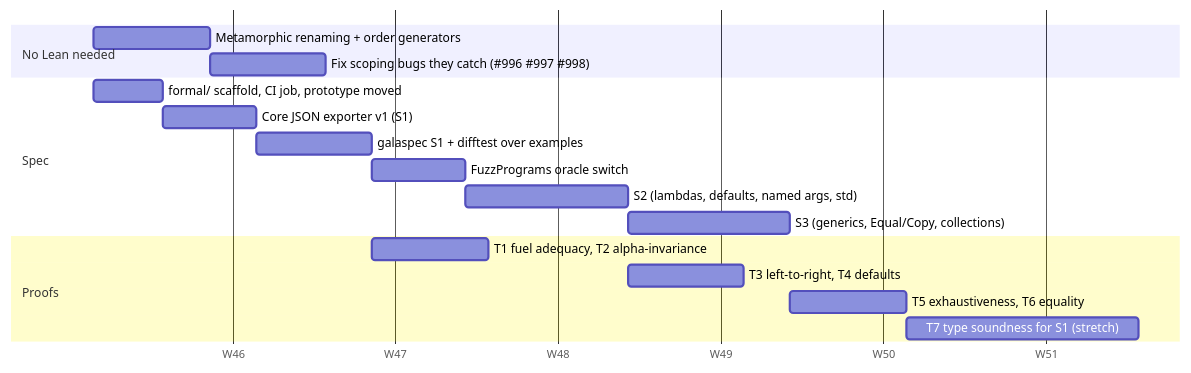
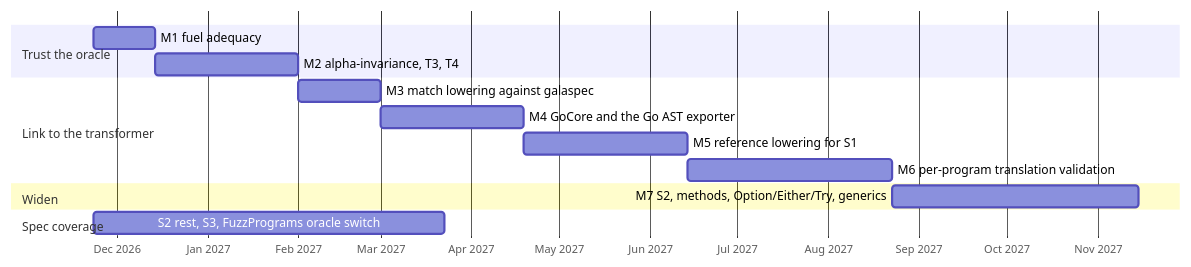
The sixth of 6 diagrams in docs/FORMAL_SEMANTICS.MD (martianoff/gala), drawn with Mermaid before and after one commit. The commit also changed other lines of this file and 3 other files, not shown here.

First line of the commit message:
docs: milestone roadmap toward an end-to-end proof of the transpiler (#1115)

````diff
--- a/docs/FORMAL_SEMANTICS.MD
+++ b/docs/FORMAL_SEMANTICS.MD
@@ -409,20 +620,17 @@
 ```mermaid
 gantt
     dateFormat  YYYY-MM-DD
-    axisFormat  W%W
-    section No Lean needed
-    Metamorphic renaming + order generators   :m1, 2026-11-16, 5d
-    Fix scoping bugs they catch (#996 #997 #998) :m2, after m1, 5d
-    section Spec
-    formal/ scaffold, CI job, prototype moved  :s0, 2026-11-16, 3d
-    Core JSON exporter v1 (S1)                 :s1, after s0, 4d
-    galaspec S1 + difftest over examples       :s2, after s1, 5d
-    FuzzPrograms oracle switch                 :s3, after s2, 4d
-    S2 (lambdas, defaults, named args, std)    :s4, after s3, 7d
-    S3 (generics, Equal/Copy, collections)     :s5, after s4, 7d
-    section Proofs
-    T1 fuel adequacy, T2 alpha-invariance      :p1, after s2, 5d
-    T3 left-to-right, T4 defaults              :p2, after s4, 5d
-    T5 exhaustiveness, T6 equality             :p3, after s5, 5d
-    T7 type soundness for S1 (stretch)         :p4, after p3, 10d
+    axisFormat  %b %Y
+    section Trust the oracle
+    M1 fuel adequacy                         :m1, 2026-11-23, 21d
+    M2 alpha-invariance, T3, T4              :m2, after m1, 49d
+    section Link to the transformer
+    M3 match lowering against galaspec       :m3, after m2, 28d
+    M4 GoCore and the Go AST exporter        :m4, after m3, 49d
+    M5 reference lowering for S1             :m5, after m4, 56d
+    M6 per-program translation validation    :m6, after m5, 70d
+    section Widen
+    M7 S2, methods, Option/Either/Try, generics :m7, after m6, 84d
+    section Spec coverage
+    S2 rest, S3, FuzzPrograms oracle switch  :c1, 2026-11-23, 120d
 ```
````
